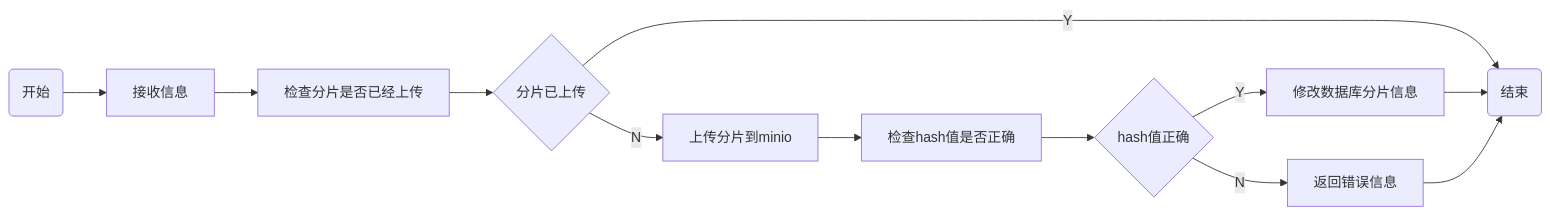
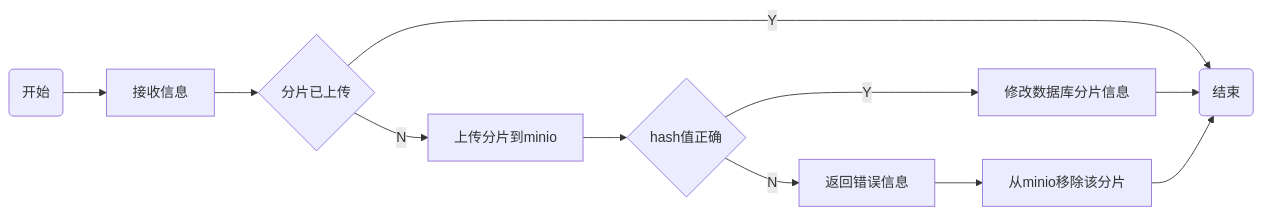
Before and after one commit to niuiic/file-service: the ninth of 11 diagrams in README.md, drawn with Mermaid. The commit also changed other lines of this file, not shown here.

````diff
--- a/README.md
+++ b/README.md
@@ -267,33 +234,24 @@
 ```mermaid
 flowchart LR
-    start(开始)
-    start --> s1
+    start(开始) --> s1
 
-    s1[接收信息]
-    s1 --> s2
-
-    s2[检查分片是否已经上传]
-    s2 --> s3
+    s1[接收信息] --> s3
 
     s3{分片已上传}
-    s3 --Y--> done
+    s3 --Y--> finish
     s3 --N--> s4
 
-    s4[上传分片到minio]
-    s4 --> s5
-
-    s5[检查hash值是否正确]
-    s5 --> s6
+    s4[上传分片到minio] --> s6
 
     s6{hash值正确}
     s6 --Y--> s7
     s6 --N--> s8
 
-    s7[修改数据库分片信息]
-    s7 --> done
+    s7[修改数据库分片信息] --> finish
 
-    s8[返回错误信息]
-    s8 --> done
+    s8[返回错误信息] --> s9
 
-    done(结束)
+    s9[从minio移除该分片] --> finish
+
+    finish(结束)
 ```
````
